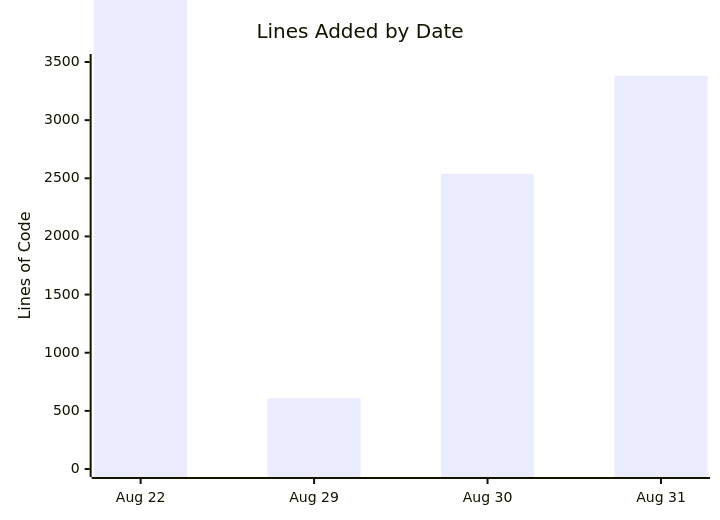
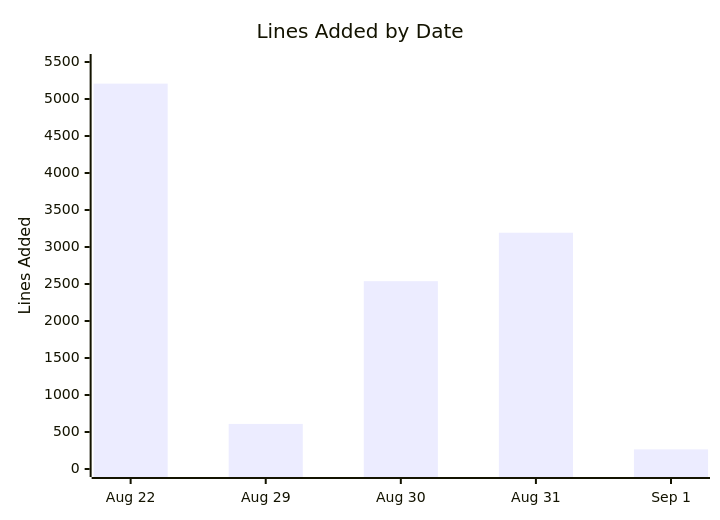
The second of 2 diagrams in docs/PROJECT_SUMMARY.md (roger64s/CodeWithKris), drawn with Mermaid before and after one commit. The commit also changed other lines of this file and 5 other files, not shown here.

````diff
--- a/docs/PROJECT_SUMMARY.md
+++ b/docs/PROJECT_SUMMARY.md
@@ -32,7 +31,7 @@
 ```mermaid
 xychart-beta
     title "Lines Added by Date"
-    x-axis ["Aug 22", "Aug 29", "Aug 30", "Aug 31"]
-    y-axis "Lines of Code" 0 --> 3500
-    bar [5208, 609, 2538, 3383]
+    x-axis ["Aug 22", "Aug 29", "Aug 30", "Aug 31", "Sep 1"]
+    y-axis "Lines Added" 0 --> 5500
+    bar [5208, 609, 2538, 3193, 265]
 ```
````
